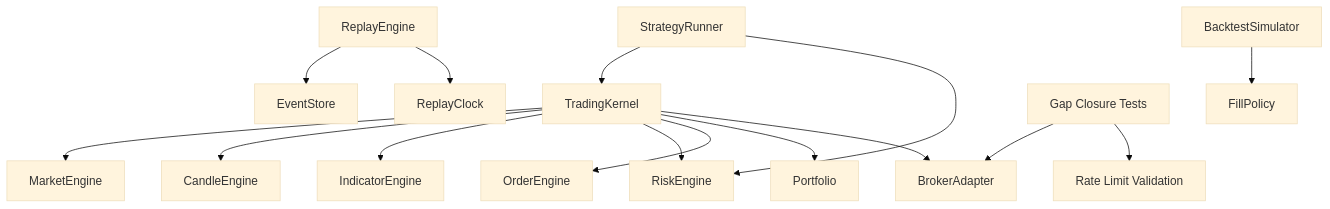
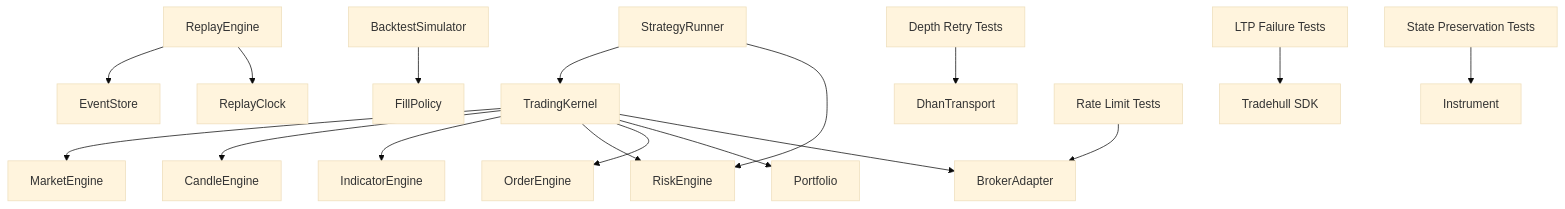
One commit to Ganesh-Kusundal/nTrade changed diagram 18 of 18 in .qoder/repowiki/en/content/Examples & Tutorials/Testing & Integration Examples/Testing & Integration Examples.md. Above: the diagram before and after it, drawn with Mermaid (base theme). The commit also changed other lines of this file and 2201 other files, not shown here.

Commit message:
Integrate completeness: live runner hardening, broker adapter layers, rate-limiting infrastructure, data pipeline (parquet OHLCV + ingestion scripts), contract testing framework, options analytics, and updated architecture/knowledge docs

````diff
--- a/.qoder/repowiki/en/content/Examples & Tutorials/Testing & Integration Examples/Testing & Integration Examples.md
+++ b/.qoder/repowiki/en/content/Examples & Tutorials/Testing & Integration Examples/Testing & Integration Examples.md
@@ -539,17 +719,19 @@
 ```mermaid
 graph TB
 Kernel["TradingKernel"] --> MarketEng["MarketEngine"]
 Kernel --> CandleEng["CandleEngine"]
 Kernel --> IndicatorEng["IndicatorEngine"]
 Kernel --> RiskEng["RiskEngine"]
 Kernel --> OrderEng["OrderEngine"]
 Kernel --> Portfolio["Portfolio"]
 Kernel --> Broker["BrokerAdapter"]
 Replay["ReplayEngine"] --> Store["EventStore"]
 Replay --> Clock["ReplayClock"]
 Backtest["BacktestSimulator"] --> Fill["FillPolicy"]
 Runner["StrategyRunner"] --> Kernel
 Runner --> RiskEng
-GapTests["Gap Closure Tests"] --> Broker
-GapTests --> RateLimit["Rate Limit Validation"]
+DepthTests["Depth Retry Tests"] --> Transport["DhanTransport"]
+LTPTests["LTP Failure Tests"] --> SDK["Tradehull SDK"]
+RateLimitTests["Rate Limit Tests"] --> Broker
+StateTests["State Preservation Tests"] --> Instrument["Instrument"]
 ```
````
